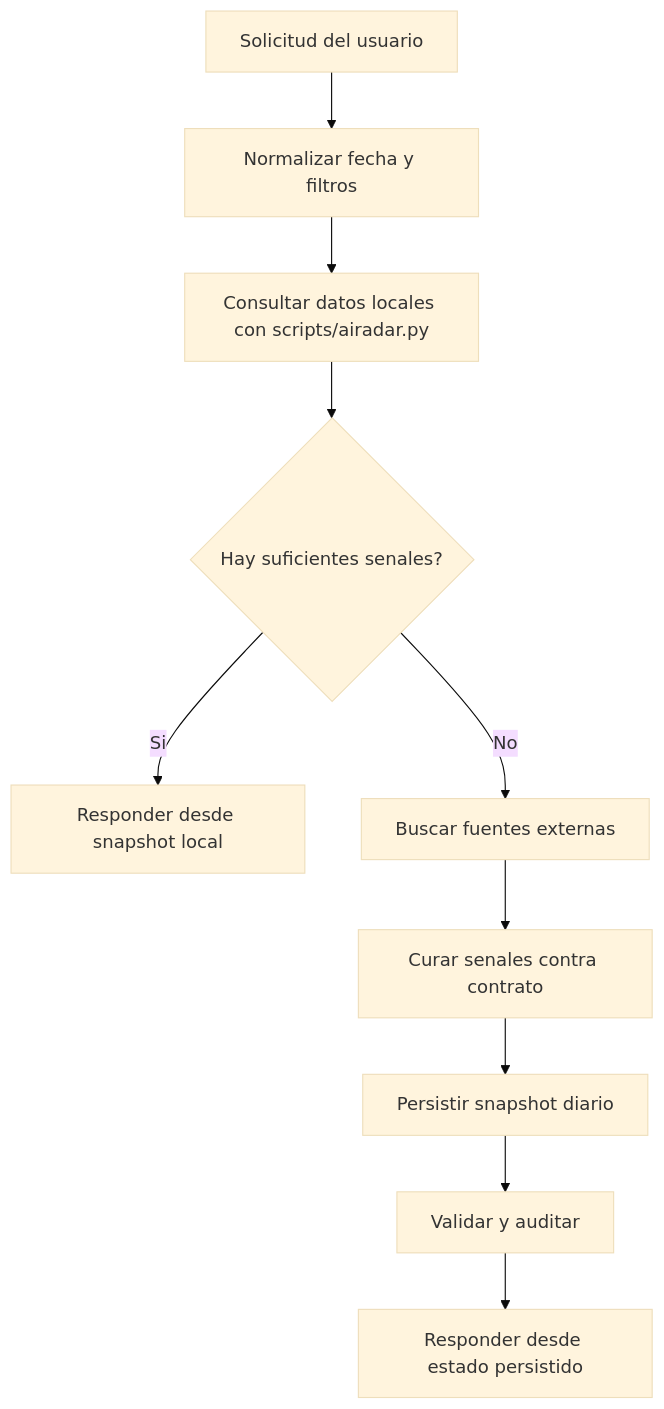
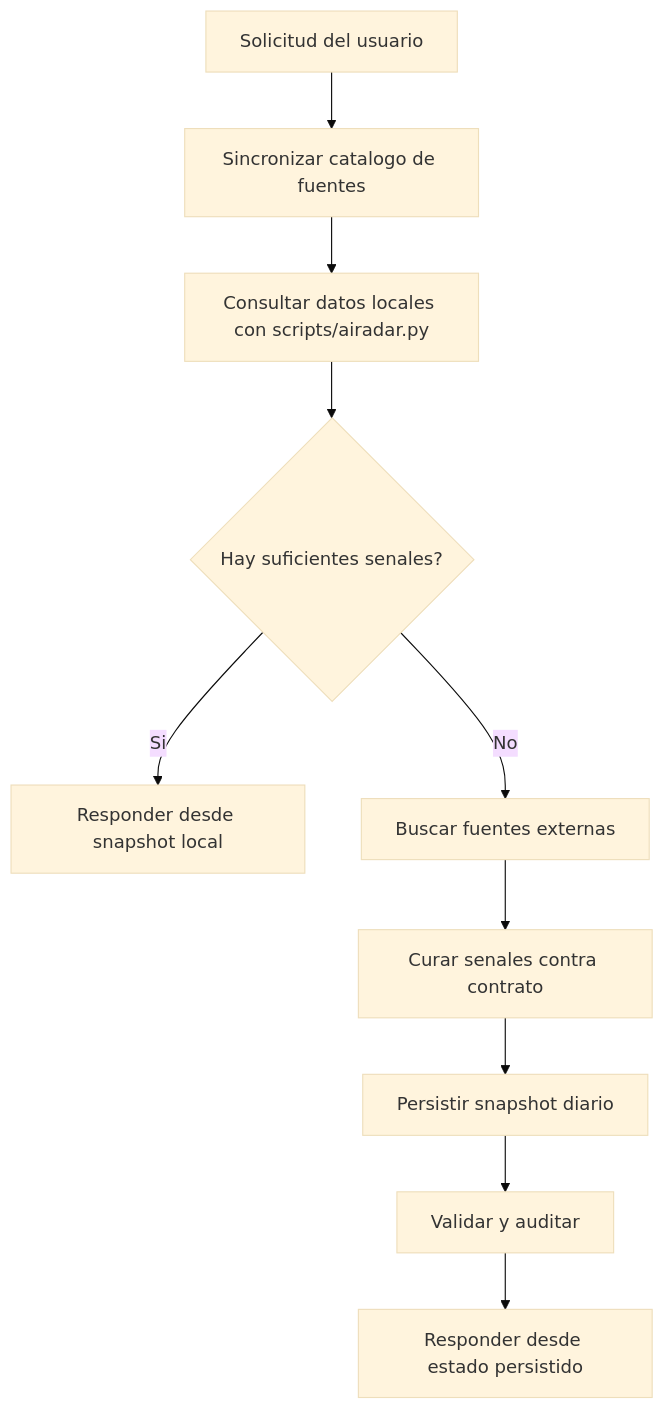
The second of 8 diagrams in docs/ai-radar-operating-model.md (PedroHincapie/codex-), drawn with Mermaid (base theme) before and after one commit. The commit also changed other lines of this file and 13 other files, not shown here.

````diff
--- a/docs/ai-radar-operating-model.md
+++ b/docs/ai-radar-operating-model.md
@@ -46,12 +50,12 @@
 ```mermaid
 flowchart TD
-  A[Solicitud del usuario] --> B[Normalizar fecha y filtros]
+  A[Solicitud del usuario] --> B[Sincronizar catalogo de fuentes]
   B --> C[Consultar datos locales con scripts/airadar.py]
   C --> D{Hay suficientes senales?}
   D -- Si --> E[Responder desde snapshot local]
   D -- No --> F[Buscar fuentes externas]
   F --> G[Curar senales contra contrato]
   G --> H[Persistir snapshot diario]
   H --> I[Validar y auditar]
   I --> J[Responder desde estado persistido]
 ```
````
